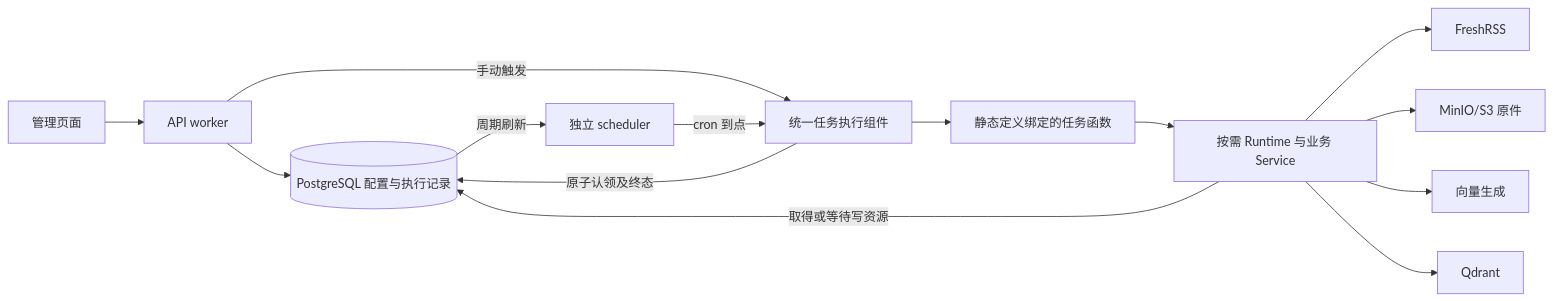
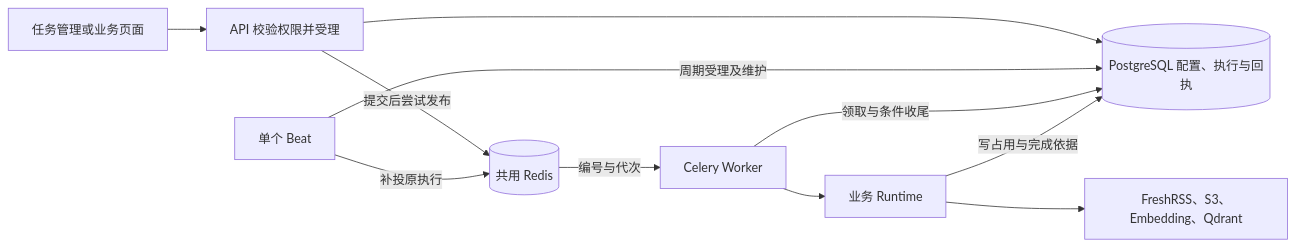
One commit to zhengkanghua/agent-lab changed the diagram in docs/flows/scheduled-job-execution.md. Above: the diagram before and after it, drawn with Mermaid. The commit also changed other lines of this file and 15 other files, not shown here.

````diff
--- a/docs/flows/scheduled-job-execution.md
+++ b/docs/flows/scheduled-job-execution.md
@@ -5,16 +5,13 @@
 ```mermaid
 flowchart LR
-    UI[管理页面] --> API[API worker]
-    API --> DB[(PostgreSQL 配置与执行记录)]
-    DB -->|周期刷新| SCHED[独立 scheduler]
-    API -->|手动触发| EXEC[统一任务执行组件]
-    SCHED -->|cron 到点| EXEC
-    EXEC -->|原子认领及终态| DB
-    EXEC --> TASK[静态定义绑定的任务函数]
-    TASK --> WRITE[按需 Runtime 与业务 Service]
-    WRITE -->|取得或等待写资源| DB
-    WRITE --> RSS[FreshRSS]
-    WRITE --> OBJ[MinIO/S3 原件]
-    WRITE --> EMB[向量生成]
-    WRITE --> QD[Qdrant]
+    UI[任务管理或业务页面] --> API[API 校验权限并受理]
+    API --> PG[(PostgreSQL 配置、执行与回执)]
+    Beat[单个 Beat] -->|周期受理及维护| PG
+    API -->|提交后尝试发布| Redis[(共用 Redis)]
+    Beat -->|补投原执行| Redis
+    Redis -->|编号与代次| Worker[Celery Worker]
+    Worker -->|领取与条件收尾| PG
+    Worker --> Business[业务 Runtime]
+    Business -->|写占用与完成依据| PG
+    Business --> Upstream[FreshRSS、S3、Embedding、Qdrant]
 ```
````
